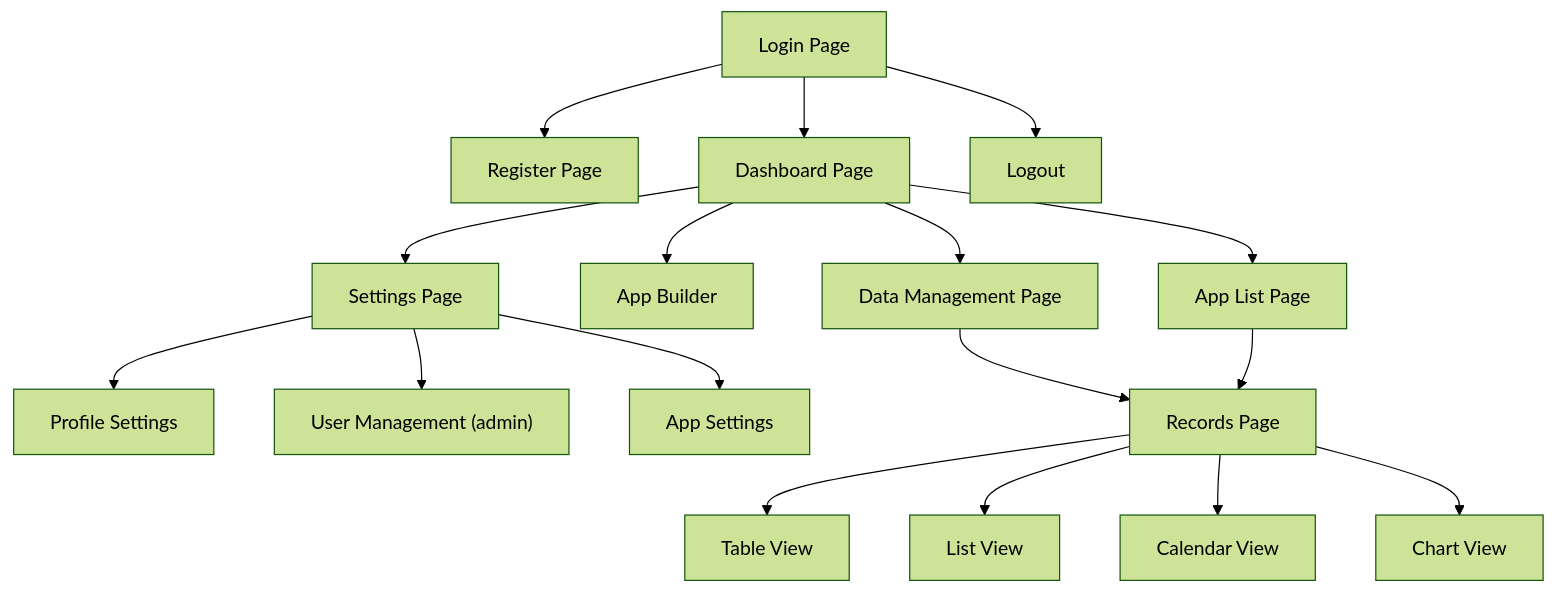
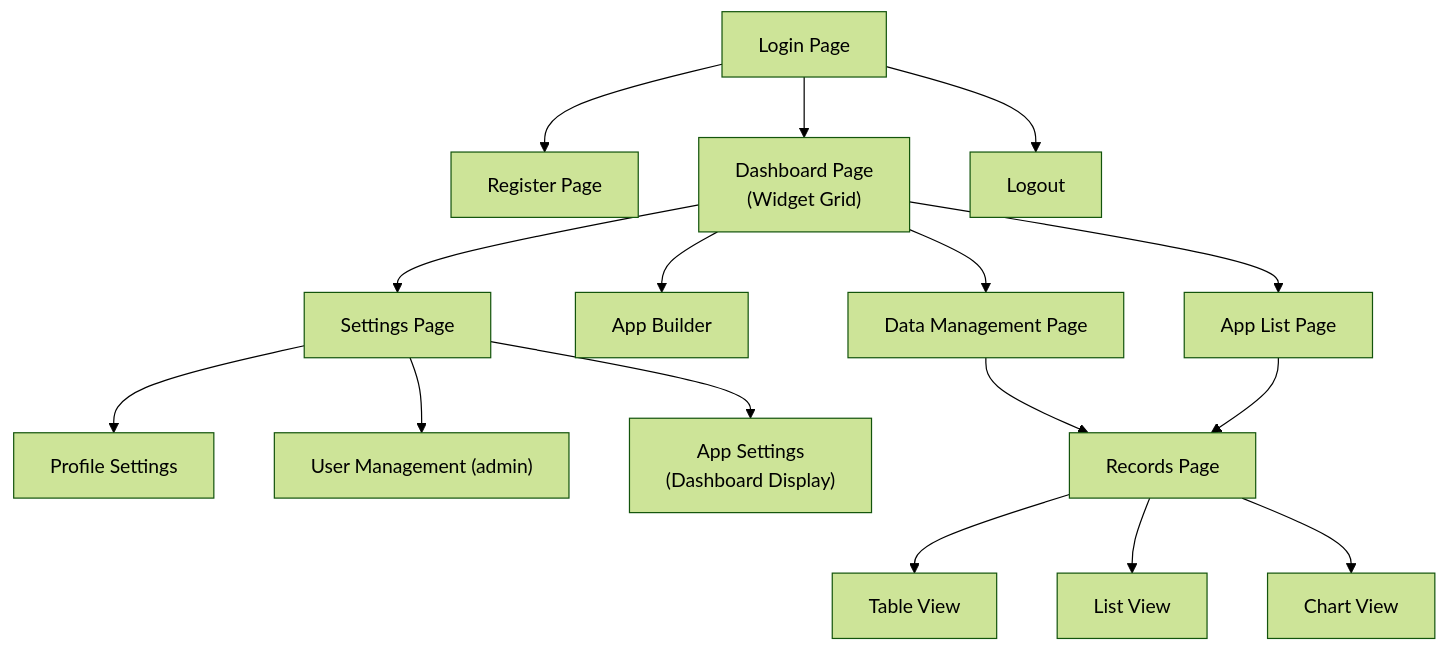
Before and after one commit to okamyuji/nocode-app: the fifth of 5 diagrams in README.md, drawn with Mermaid (forest theme). The commit also changed other lines of this file and 3 other files, not shown here.

````diff
--- a/README.md
+++ b/README.md
@@ -1043,36 +1089,34 @@
 ```mermaid
 flowchart TB
     Login["Login Page"]
     Register["Register Page"]
-    Dashboard["Dashboard Page"]
+    Dashboard["Dashboard Page<br/>(Widget Grid)"]
     Logout["Logout"]
     AppList["App List Page"]
     AppBuilder["App Builder"]
     Settings["Settings Page"]
     DataManagement["Data Management Page"]
     ProfileSettings["Profile Settings"]
     UserManagement["User Management (admin)"]
-    AppSettings["App Settings"]
+    AppSettings["App Settings<br/>(Dashboard Display)"]
     Records["Records Page"]
     TableView["Table View"]
     ListView["List View"]
-    CalendarView["Calendar View"]
     ChartView["Chart View"]
 
     Login --> Register
     Login --> Dashboard
     Login --> Logout
     Dashboard --> AppList
     Dashboard --> AppBuilder
     Dashboard --> Settings
     Dashboard --> DataManagement
     Settings --> ProfileSettings
     Settings --> UserManagement
     Settings --> AppSettings
     DataManagement --> Records
     AppList --> Records
     Records --> TableView
     Records --> ListView
-    Records --> CalendarView
     Records --> ChartView
 ```
````
